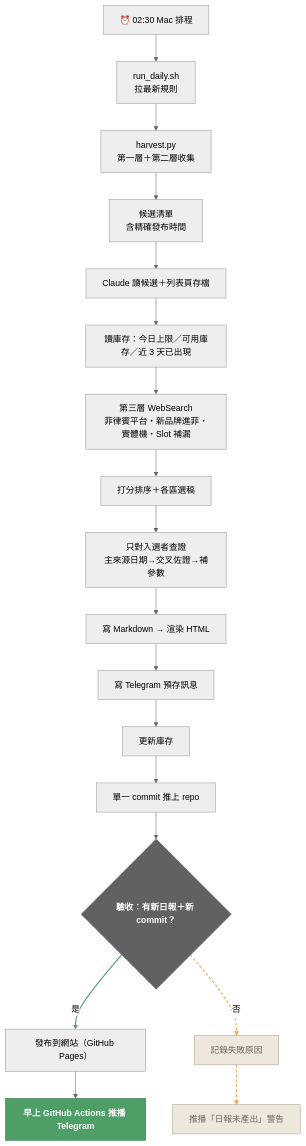
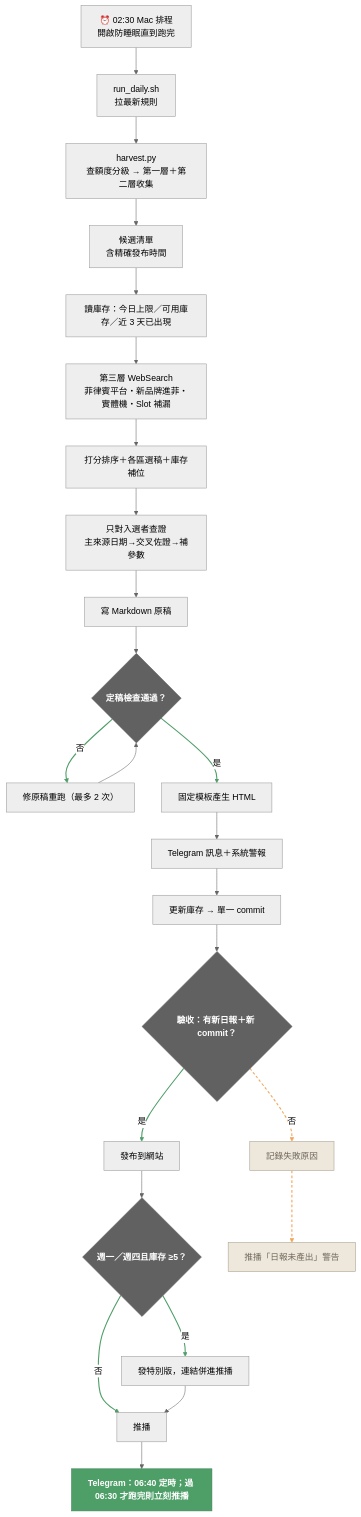
Before and after one commit to igaming-pulse/igaming-daily: the first of 6 diagrams in OutputLogic.md, drawn with Mermaid (neutral theme). The commit also changed other lines of this file and 2 other files, not shown here.

````diff
--- a/OutputLogic.md
+++ b/OutputLogic.md
@@ -38,28 +46,34 @@
 ```mermaid
 flowchart TD
-  A["⏰ 02:30 Mac 排程"] --> B["run_daily.sh<br/>拉最新規則"]
-  B --> C["harvest.py<br/>第一層＋第二層收集"]
+  A["⏰ 02:30 Mac 排程<br/>開啟防睡眠直到跑完"] --> B["run_daily.sh<br/>拉最新規則"]
+  B --> C["harvest.py<br/>查額度分級 → 第一層＋第二層收集"]
   C --> D["候選清單<br/>含精確發布時間"]
-  D --> E["Claude 讀候選＋列表頁存檔"]
-  E --> F["讀庫存：今日上限／可用庫存／近 3 天已出現"]
+  D --> F["讀庫存：今日上限／可用庫存／近 3 天已出現"]
   F --> G["第三層 WebSearch<br/>菲律賓平台・新品牌進菲・實體機・Slot 補漏"]
-  G --> H["打分排序＋各區選稿"]
+  G --> H["打分排序＋各區選稿＋庫存補位"]
   H --> I["只對入選者查證<br/>主來源日期→交叉佐證→補參數"]
-  I --> J["寫 Markdown → 渲染 HTML"]
-  J --> K["寫 Telegram 預存訊息"]
-  K --> L["更新庫存"]
-  L --> M["單一 commit 推上 repo"]
-  M --> N{"驗收：有新日報＋新 commit？"}
-  N -- 是 --> O["發布到網站（GitHub Pages）"]
+  I --> J["寫 Markdown 原稿"]
+  J --> QA{"定稿檢查通過？"}
+  QA -- 否 --> FIX["修原稿重跑（最多 2 次）"]
+  FIX --> QA
+  QA -- 是 --> T["固定模板產生 HTML"]
+  T --> K["Telegram 訊息＋系統警報"]
+  K --> L["更新庫存 → 單一 commit"]
+  L --> N{"驗收：有新日報＋新 commit？"}
   N -- 否 --> X["記錄失敗原因"]
-  O --> Q["早上 GitHub Actions 推播 Telegram"]
+  N -- 是 --> O["發布到網站"]
+  O --> SP{"週一／週四且庫存 ≥5？"}
+  SP -- 是 --> SE["發特別版，連結併進推播"]
+  SP -- 否 --> PUSH["推播"]
+  SE --> PUSH
+  PUSH --> Q["Telegram：06:40 定時；過 06:30 才跑完則立刻推播"]
   X --> R["推播「日報未產出」警告"]
   classDef gate fill:#616161,stroke:#616161,color:#FFFFFF,font-weight:700
   classDef out fill:#4E9E68,stroke:#3C7F52,color:#FFFFFF,font-weight:700
   classDef muted fill:#EEE8DC,stroke:#A99F8E,color:#6F675A
-  class N gate
+  class N,QA,SP gate
   class Q out
   class X,R muted
-  linkStyle 13 stroke:#4E9E68,stroke-width:2px
-  linkStyle 14,16 stroke:#F2A65A,stroke-width:2px,stroke-dasharray:5 4
+  linkStyle 9,11,16,18,19 stroke:#4E9E68,stroke-width:2px
+  linkStyle 15,22 stroke:#F2A65A,stroke-width:2px,stroke-dasharray:5 4
 ```
````
